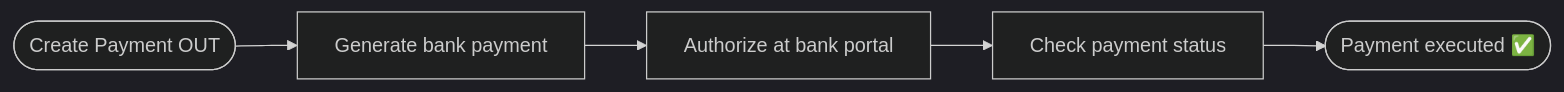
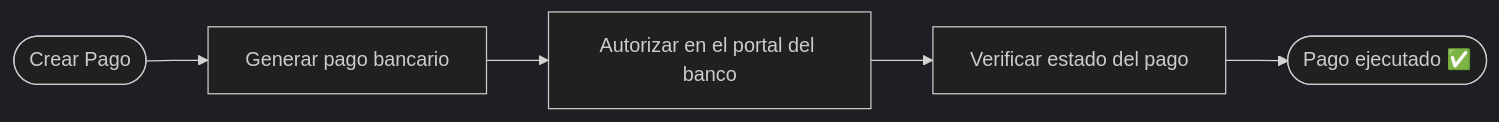
The second of 2 diagrams in docs/es/user-guide/etendo-classic/optional-features/bundles/financial-extensions/bank-integration.md (etendosoftware/docs), drawn with Mermaid (dark theme) before and after one commit. The commit also changed other lines of this file and 4 other files, not shown here.

````diff
--- a/docs/es/user-guide/etendo-classic/optional-features/bundles/financial-extensions/bank-integration.md
+++ b/docs/es/user-guide/etendo-classic/optional-features/bundles/financial-extensions/bank-integration.md
@@ -36,7 +36,7 @@
     ``` mermaid
     flowchart LR
-        A([Create Payment OUT]) --> B[Generate bank payment]
-        B --> C[Authorize at bank portal]
-        C --> D[Check payment status]
-        D --> E([Payment executed ✅])
+        A([Crear Pago]) --> B[Generar pago bancario]
+        B --> C[Autorizar en el portal del banco]
+        C --> D[Verificar estado del pago]
+        D --> E([Pago ejecutado ✅])
     ```
````
